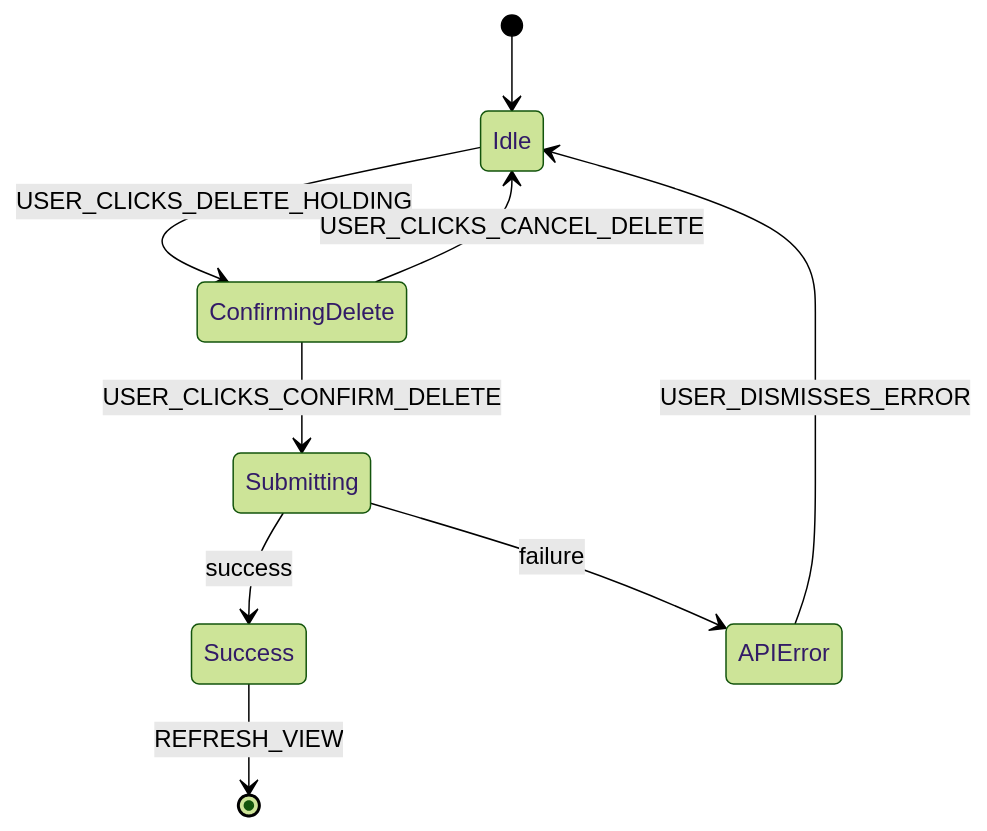
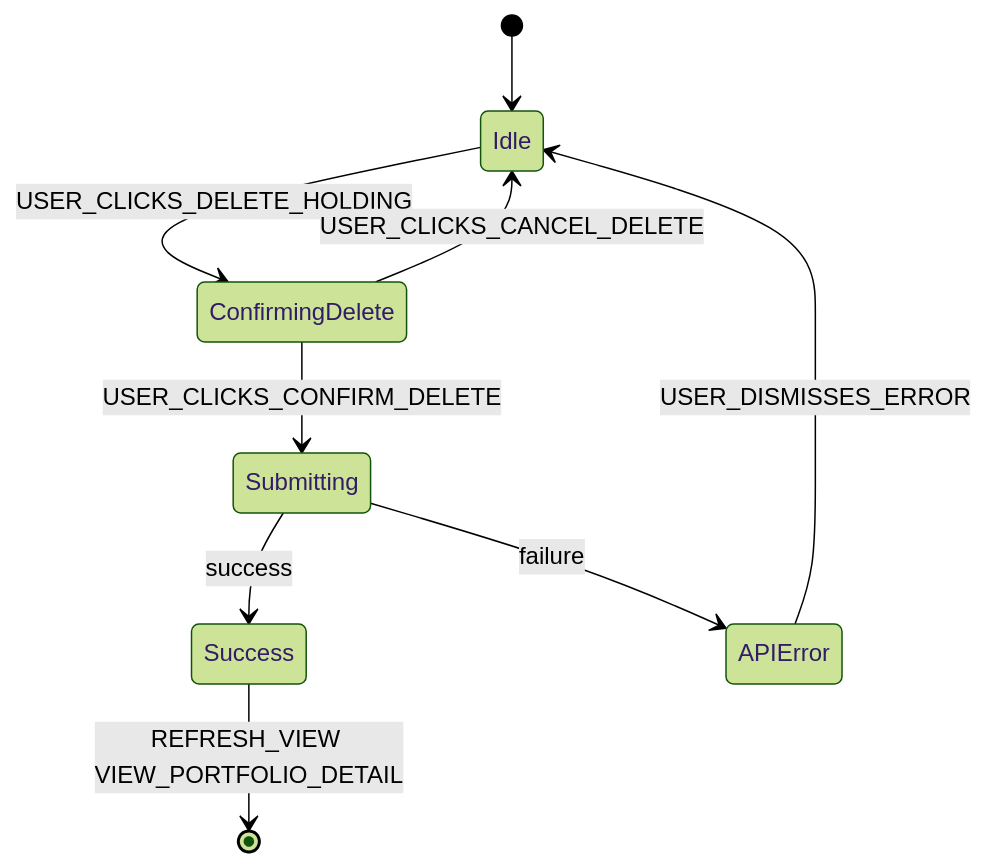
Before and after one commit to enzhao/Sentinel: diagram 11 of 16 in docs/ui_flow_diagrams.md, drawn with Mermaid (forest theme). The commit also changed other lines of this file and 4 other files, not shown here.

First line of the commit message:
docs(spec): clarify and rename UI flow definitions

````diff
--- a/docs/ui_flow_diagrams.md
+++ b/docs/ui_flow_diagrams.md
@@ -224,11 +239,12 @@
 ```mermaid
 stateDiagram-v2
+    state "Idle" as Idle
     [*] --> Idle
     Idle --> ConfirmingDelete : USER_CLICKS_DELETE_HOLDING
     ConfirmingDelete --> Submitting : USER_CLICKS_CONFIRM_DELETE
     ConfirmingDelete --> Idle : USER_CLICKS_CANCEL_DELETE
     Submitting --> Success : success
     Submitting --> APIError : failure
-    Success --> [*] : REFRESH_VIEW
+    Success --> [*] : REFRESH_VIEW VIEW_PORTFOLIO_DETAIL
     APIError --> Idle : USER_DISMISSES_ERROR
 ```
````
